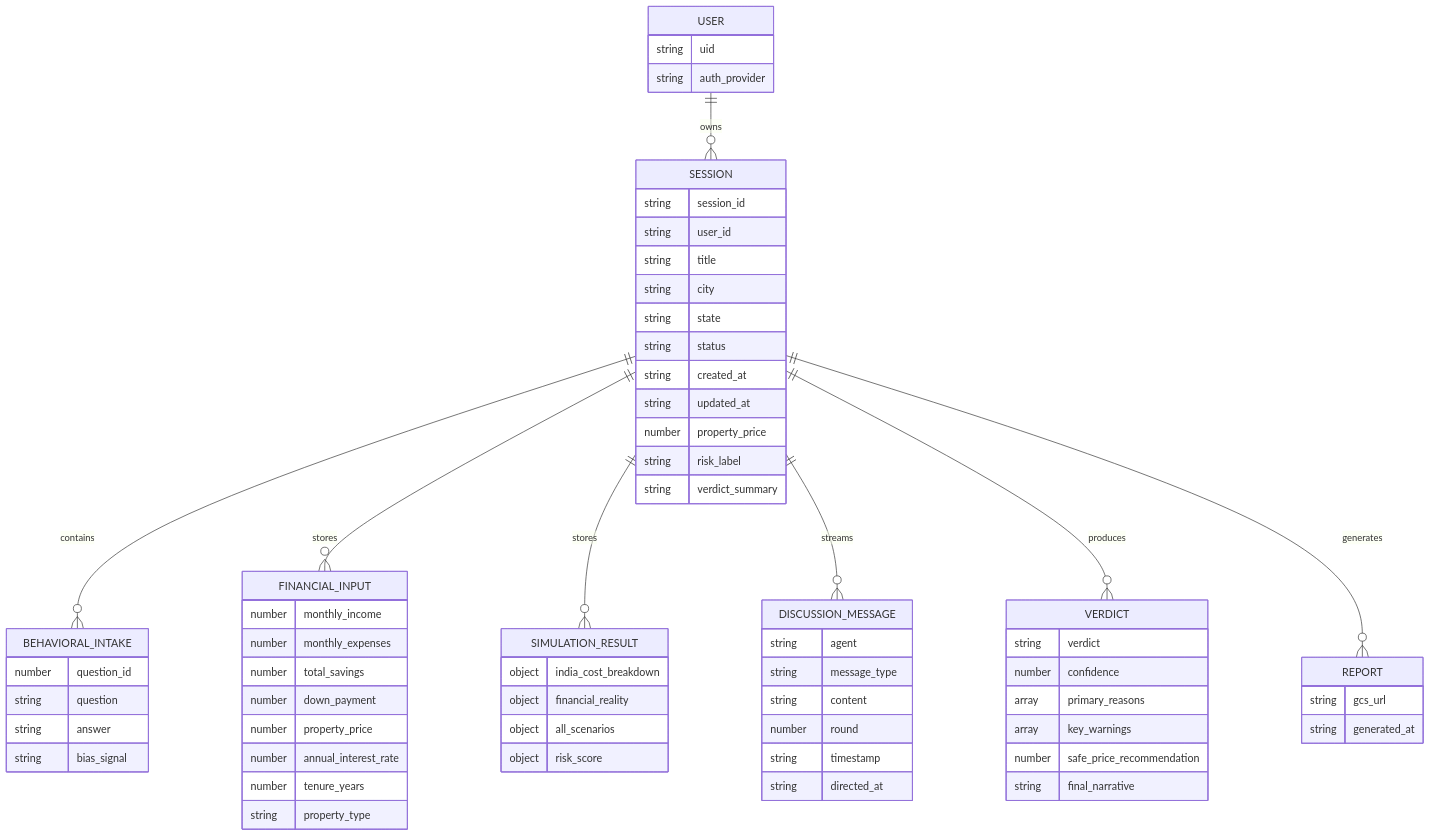
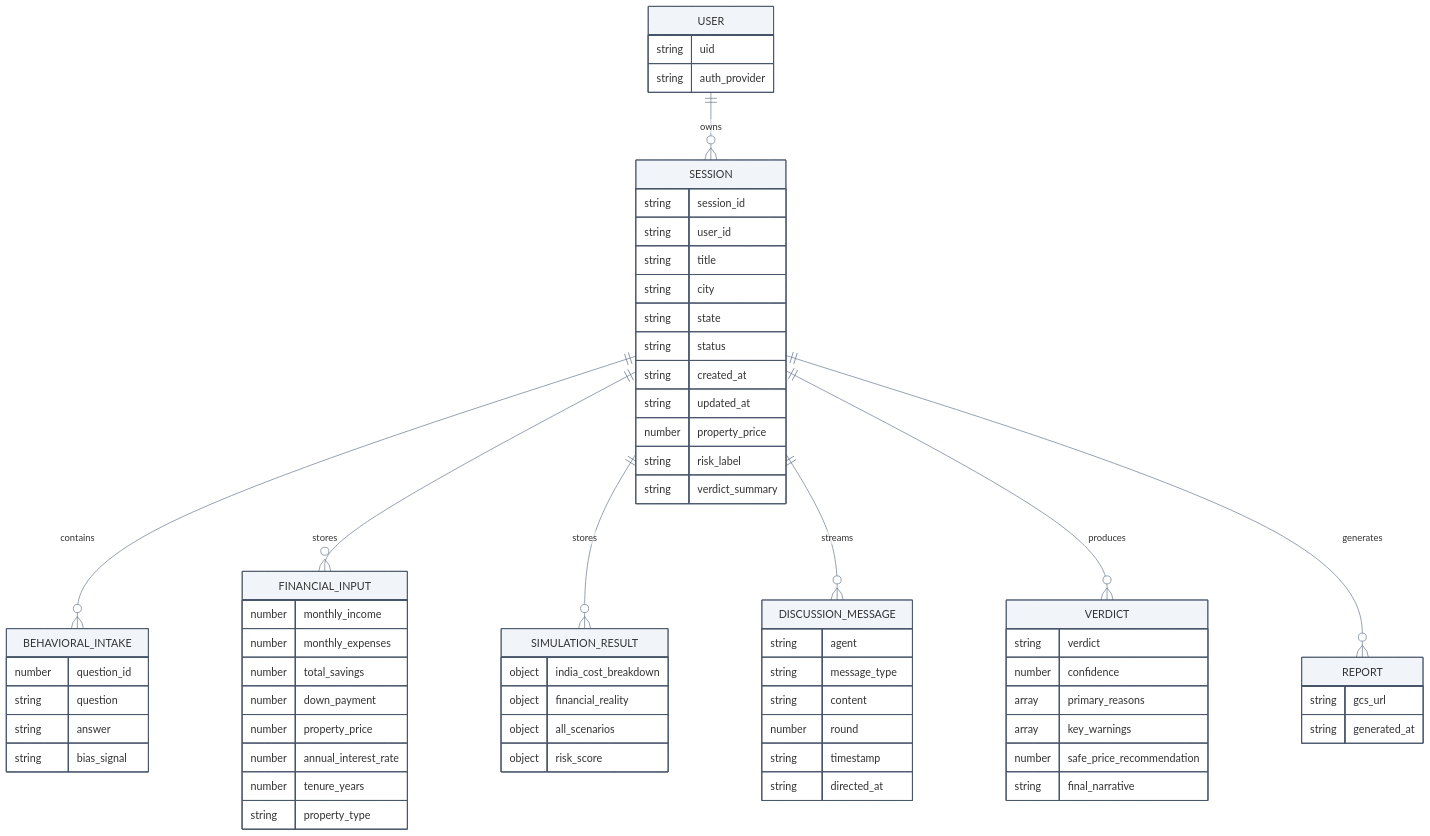
Before and after one commit to HeetRanpura/NIV-AI: the tenth of 15 diagrams in README.md, drawn with Mermaid. The commit also changed other lines of this file, not shown here.

Commit message:
Refine README diagrams and cost model

````diff
--- a/README.md
+++ b/README.md
@@ -575,77 +812,78 @@
 ```mermaid
+%%{init: {"theme":"base","themeVariables":{"primaryColor":"#f1f5f9","primaryBorderColor":"#475569","lineColor":"#64748b","fontFamily":"Inter, Arial"}}}%%
 erDiagram
     USER ||--o{ SESSION : owns
     SESSION ||--o{ BEHAVIORAL_INTAKE : contains
     SESSION ||--o{ FINANCIAL_INPUT : stores
     SESSION ||--o{ SIMULATION_RESULT : stores
     SESSION ||--o{ DISCUSSION_MESSAGE : streams
     SESSION ||--o{ VERDICT : produces
     SESSION ||--o{ REPORT : generates
 
     USER {
         string uid
         string auth_provider
     }
 
     SESSION {
         string session_id
         string user_id
         string title
         string city
         string state
         string status
         string created_at
         string updated_at
         number property_price
         string risk_label
         string verdict_summary
     }
 
     BEHAVIORAL_INTAKE {
         number question_id
         string question
         string answer
         string bias_signal
     }
 
     FINANCIAL_INPUT {
         number monthly_income
         number monthly_expenses
         number total_savings
         number down_payment
         number property_price
         number annual_interest_rate
         number tenure_years
         string property_type
     }
 
     SIMULATION_RESULT {
         object india_cost_breakdown
         object financial_reality
         object all_scenarios
         object risk_score
     }
 
     DISCUSSION_MESSAGE {
         string agent
         string message_type
         string content
         number round
         string timestamp
         string directed_at
     }
 
     VERDICT {
         string verdict
         number confidence
         array primary_reasons
         array key_warnings
         number safe_price_recommendation
         string final_narrative
     }
 
     REPORT {
         string gcs_url
         string generated_at
     }
 ```
````
